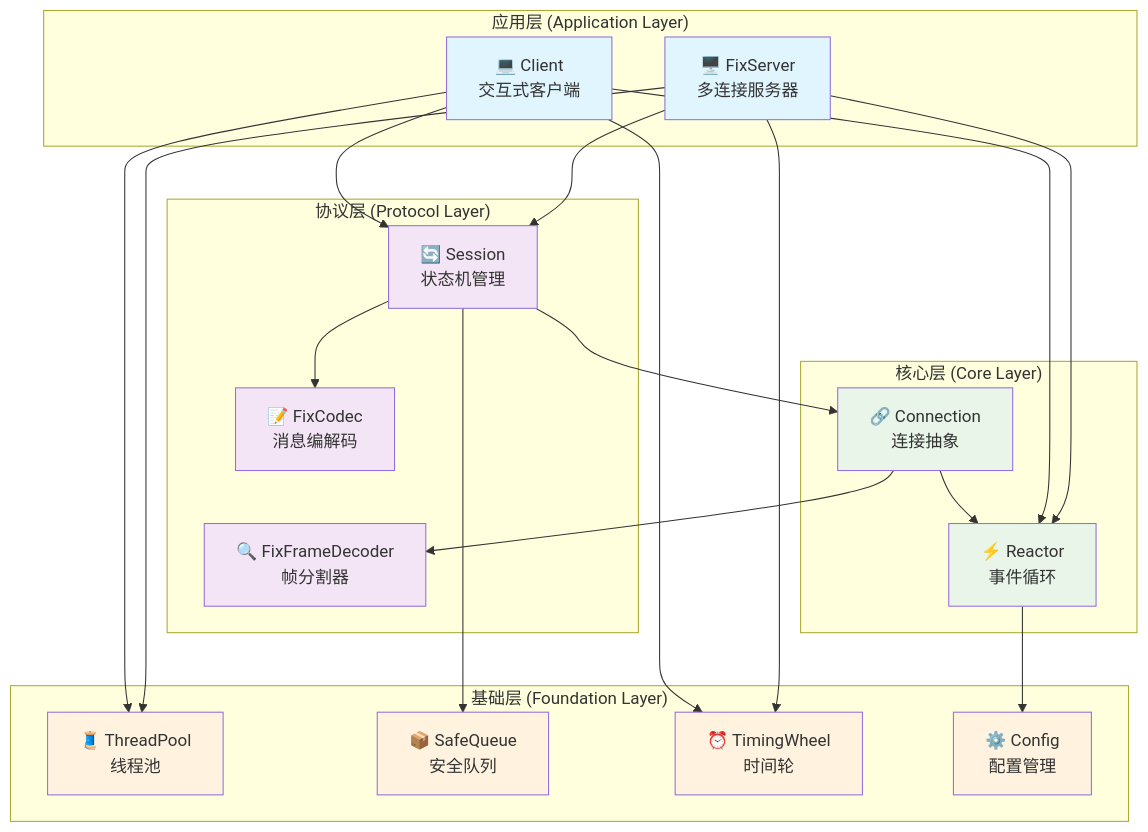
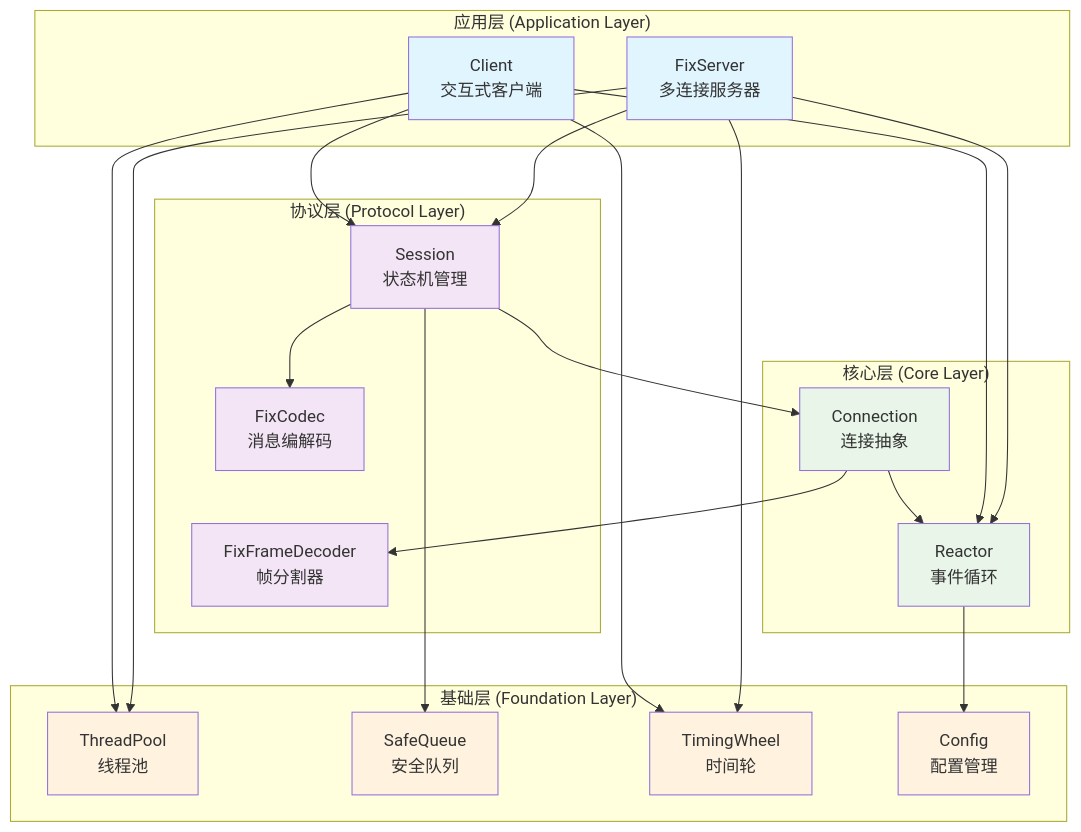
The first of 7 diagrams in README.md (LittlePorcupine/FIX4.0_demo), drawn with Mermaid before and after one commit. The commit also changed other lines of this file, not shown here.

Commit message:
fix: 修复readme中的mermaid代码在github中的渲染

````diff
--- a/README.md
+++ b/README.md
@@ -46,56 +46,56 @@
 ```mermaid
 graph TB
     subgraph "应用层 (Application Layer)"
-        FixServer["🖥️ FixServer<br/>多连接服务器"]
-        Client["💻 Client<br/>交互式客户端"]
+        FixServer["FixServer<br/>多连接服务器"]
+        Client["Client<br/>交互式客户端"]
     end
-    
+
     subgraph "协议层 (Protocol Layer)"
-        Session["🔄 Session<br/>状态机管理"]
-        FixCodec["📝 FixCodec<br/>消息编解码"]
-        FrameDecoder["🔍 FixFrameDecoder<br/>帧分割器"]
+        Session["Session<br/>状态机管理"]
+        FixCodec["FixCodec<br/>消息编解码"]
+        FrameDecoder["FixFrameDecoder<br/>帧分割器"]
     end
-    
+
     subgraph "核心层 (Core Layer)"
-        Reactor["⚡ Reactor<br/>事件循环"]
-        Connection["🔗 Connection<br/>连接抽象"]
+        Reactor["Reactor<br/>事件循环"]
+        Connection["Connection<br/>连接抽象"]
     end
-    
+
     subgraph "基础层 (Foundation Layer)"
-        ThreadPool["🧵 ThreadPool<br/>线程池"]
-        SafeQueue["📦 SafeQueue<br/>安全队列"]
-        TimingWheel["⏰ TimingWheel<br/>时间轮"]
-        Config["⚙️ Config<br/>配置管理"]
+        ThreadPool["ThreadPool<br/>线程池"]
+        SafeQueue["SafeQueue<br/>安全队列"]
+        TimingWheel["TimingWheel<br/>时间轮"]
+        Config["Config<br/>配置管理"]
     end
-    
+
     %% 依赖关系
     FixServer --> Session
     FixServer --> Reactor
     FixServer --> ThreadPool
     FixServer --> TimingWheel
-    
+
     Client --> Session
     Client --> Reactor
     Client --> ThreadPool
     Client --> TimingWheel
-    
+
     Session --> FixCodec
     Session --> Connection
-    
+
     Connection --> FrameDecoder
     Connection --> Reactor
-    
+
     Reactor --> Config
     Session --> SafeQueue
-    
+
     %% 样式
     classDef appLayer fill:#e1f5fe
     classDef protocolLayer fill:#f3e5f5
     classDef coreLayer fill:#e8f5e8
     classDef baseLayer fill:#fff3e0
-    
+
     class FixServer,Client appLayer
     class Session,FixCodec,FrameDecoder protocolLayer
     class Reactor,Connection coreLayer
     class ThreadPool,SafeQueue,TimingWheel,Config baseLayer
 ```
````
